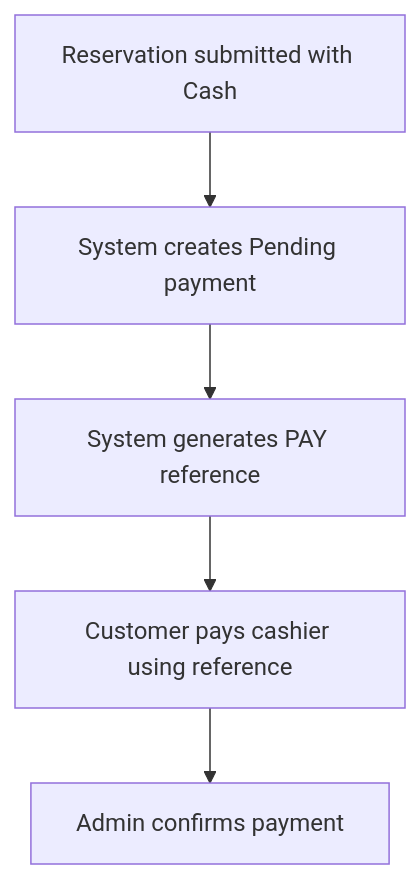
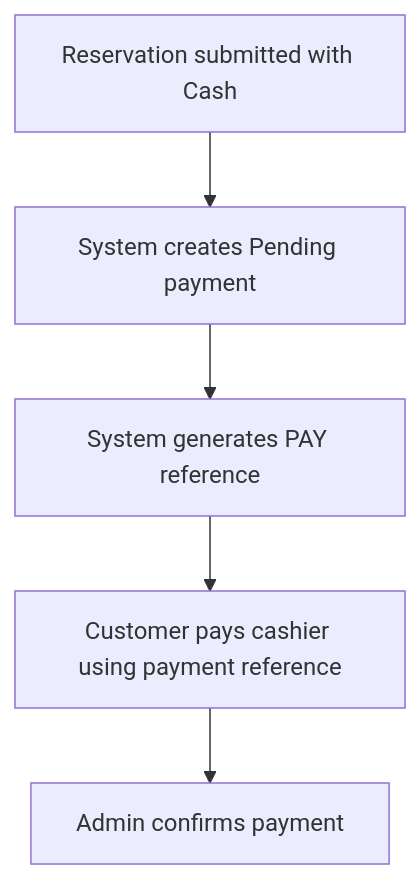
Before and after one commit to WizardOfXerox/Emperor-Hotel: the eighth of 13 diagrams in docs/project-explanation-guide.md, drawn with Mermaid. The commit also changed other lines of this file and 13 other files, not shown here.

Commit message:
Improve reservation actions and payment status flow

````diff
--- a/docs/project-explanation-guide.md
+++ b/docs/project-explanation-guide.md
@@ -755,7 +759,7 @@
 ```mermaid
 flowchart TD
     A[Reservation submitted with Cash] --> B[System creates Pending payment]
     B --> C[System generates PAY reference]
-    C --> D[Customer pays cashier using reference]
+    C --> D[Customer pays cashier using payment reference]
     D --> E[Admin confirms payment]
 ```
````
